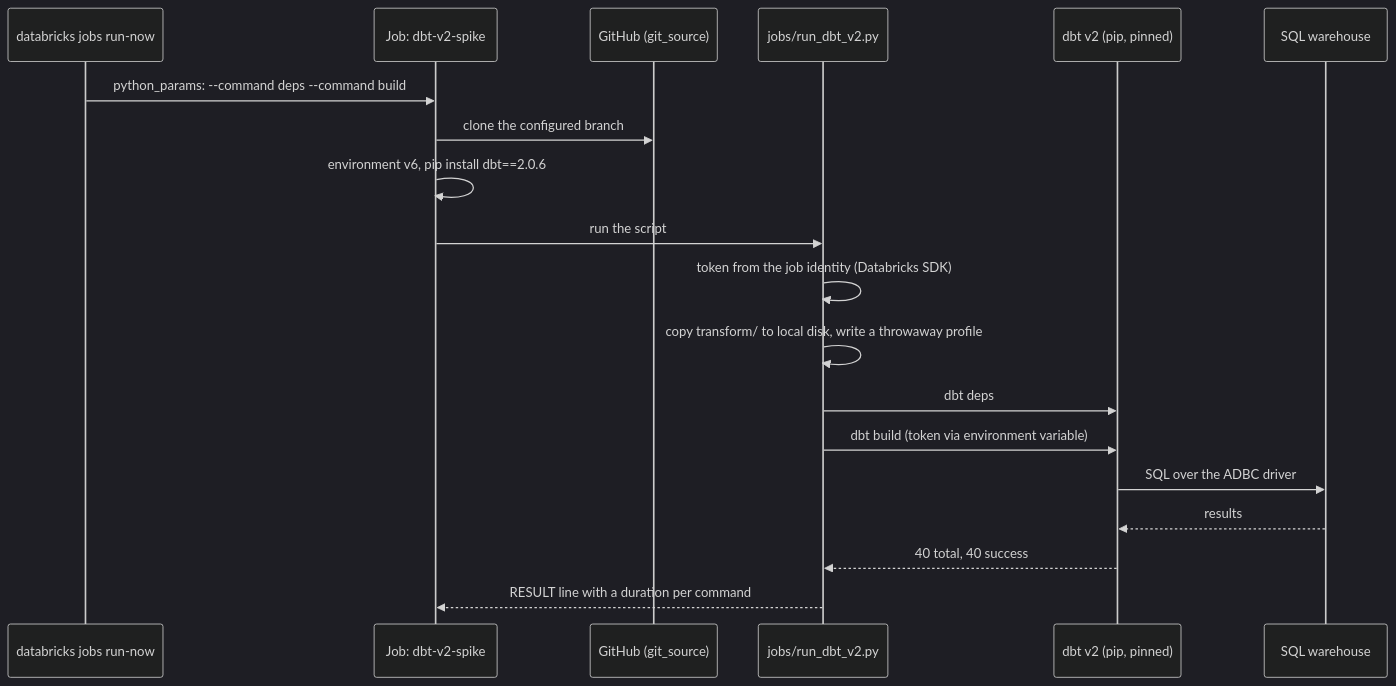
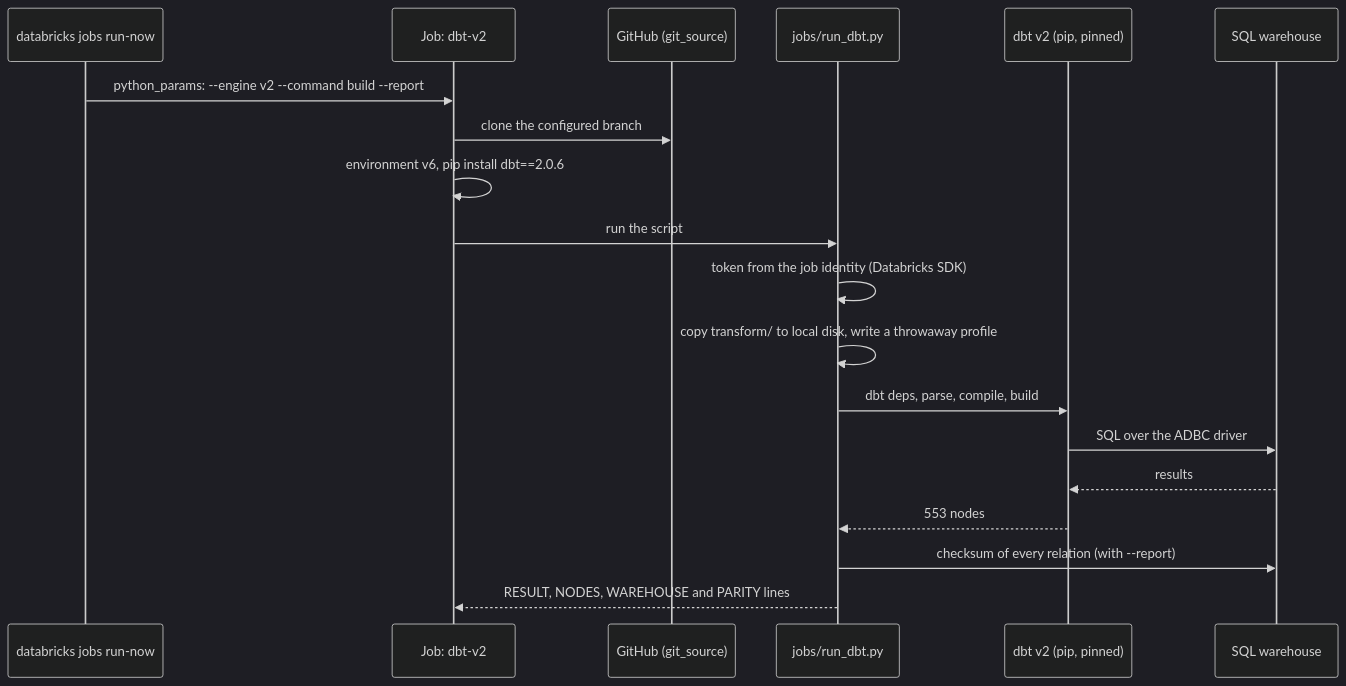
The third of 3 diagrams in ARCHITECTURE.md (marllonDev/lakehouse-iac), drawn with Mermaid (dark theme) before and after one commit. The commit also changed other lines of this file and 4 other files, not shown here.

````diff
--- a/ARCHITECTURE.md
+++ b/ARCHITECTURE.md
@@ -163,22 +171,22 @@
 ```mermaid
 sequenceDiagram
     participant C as databricks jobs run-now
-    participant J as Job: dbt-v2-spike
+    participant J as Job: dbt-v2
     participant G as GitHub (git_source)
-    participant R as jobs/run_dbt_v2.py
+    participant R as jobs/run_dbt.py
     participant D as dbt v2 (pip, pinned)
     participant W as SQL warehouse
 
-    C->>J: python_params: --command deps --command build
+    C->>J: python_params: --engine v2 --command build --report
     J->>G: clone the configured branch
     J->>J: environment v6, pip install dbt==2.0.6
     J->>R: run the script
     R->>R: token from the job identity (Databricks SDK)
     R->>R: copy transform/ to local disk, write a throwaway profile
-    R->>D: dbt deps
-    R->>D: dbt build (token via environment variable)
+    R->>D: dbt deps, parse, compile, build
     D->>W: SQL over the ADBC driver
     W-->>D: results
-    D-->>R: 40 total, 40 success
-    R-->>J: RESULT line with a duration per command
+    D-->>R: 553 nodes
+    R->>W: checksum of every relation (with --report)
+    R-->>J: RESULT, NODES, WAREHOUSE and PARITY lines
 ```
````
